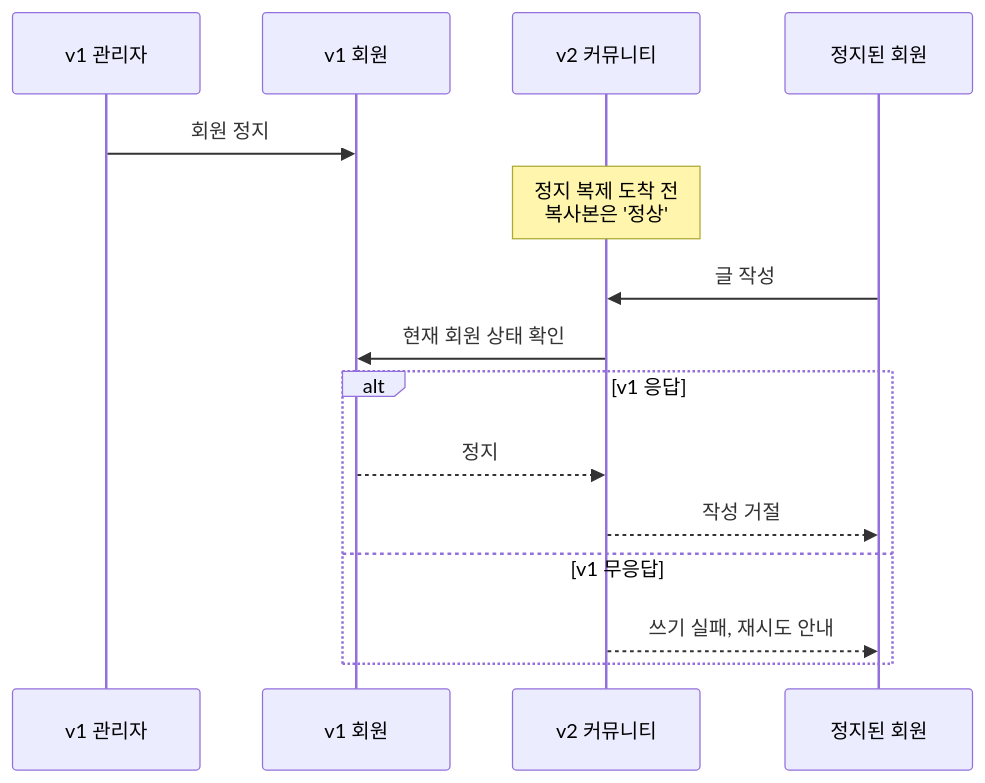
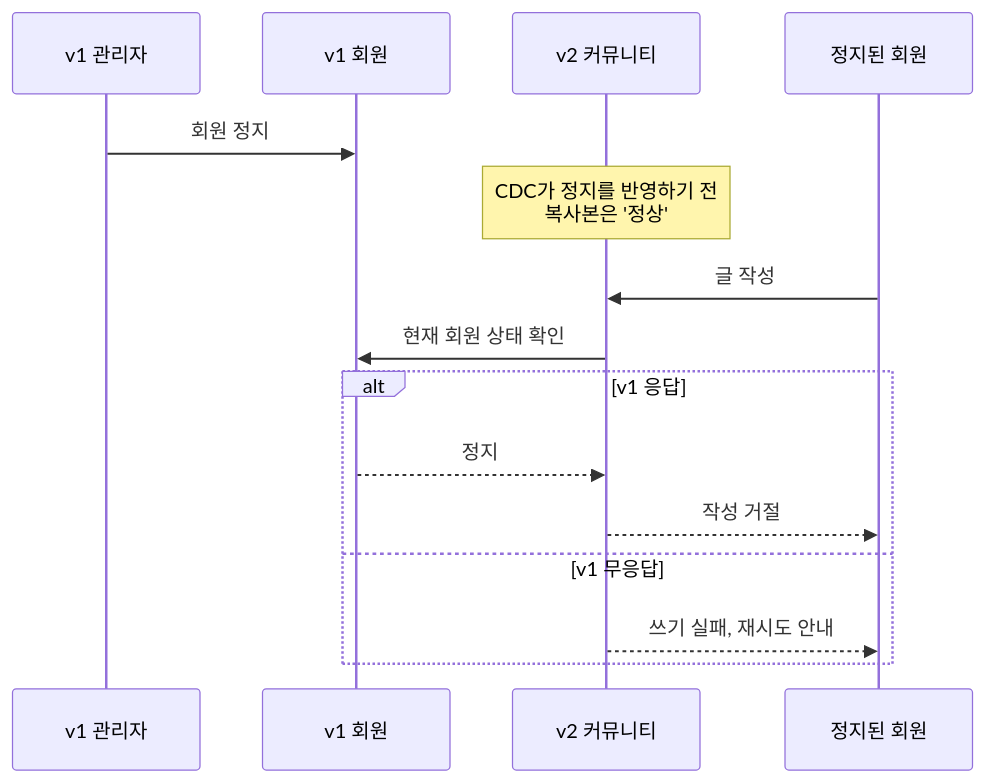
The tenth of 16 diagrams in src/content/blog/strangler-fig-redesign.md (oownahcohc/oownahcohc.github.io), drawn with Mermaid before and after one commit. The commit also changed other lines of this file, not shown here.

First line of the commit message:
Strangler Fig 글에서 복제 지연이 생기는 원리를 CDC 흐름으로 풀어 쓴다

````diff
--- a/src/content/blog/strangler-fig-redesign.md
+++ b/src/content/blog/strangler-fig-redesign.md
@@ -295,18 +318,18 @@
 ```mermaid
 %%{init: {"sequence": {"diagramMarginX": 10}}}%%
 sequenceDiagram
     participant A as v1 관리자
     participant V1 as v1 회원
     participant V2 as v2 커뮤니티
     participant U as 정지된 회원
     A->>V1: 회원 정지
-    Note over V2: 정지 복제 도착 전<br/>복사본은 '정상'
+    Note over V2: CDC가 정지를 반영하기 전<br/>복사본은 '정상'
     U->>V2: 글 작성
     V2->>V1: 현재 회원 상태 확인
     alt v1 응답
         V1-->>V2: 정지
         V2-->>U: 작성 거절
     else v1 무응답
         V2-->>U: 쓰기 실패, 재시도 안내
     end
 ```
````
